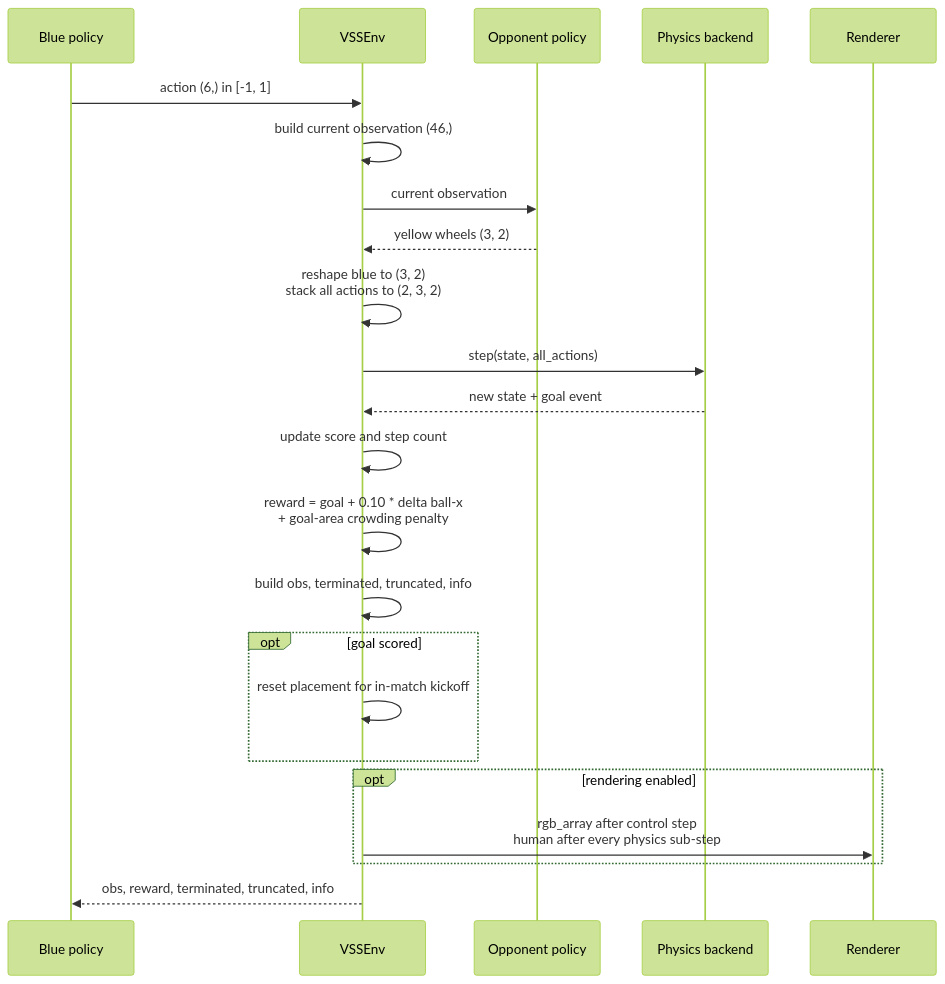
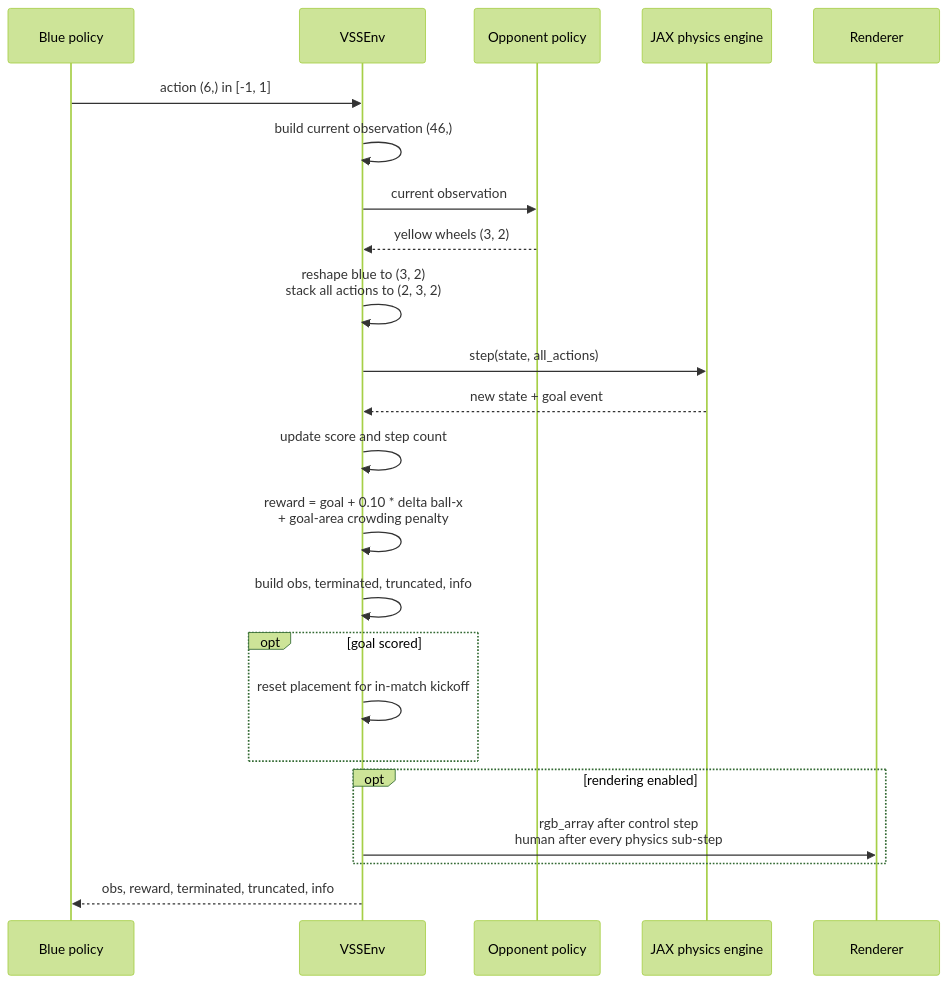
The second of 10 diagrams in STRUCTURE.md (canhotuctor/vsss-sim), drawn with Mermaid (forest theme) before and after one commit. The commit also changed other lines of this file and 21 other files, not shown here.

Commit message:
refactor: remove NumPy physics backend

````diff
--- a/STRUCTURE.md
+++ b/STRUCTURE.md
@@ -76,26 +70,26 @@
 ```mermaid
 sequenceDiagram
     participant P as Blue policy
     participant E as VSSEnv
     participant O as Opponent policy
-    participant X as Physics backend
+    participant X as JAX physics engine
     participant R as Renderer
 
     P->>E: action (6,) in [-1, 1]
     E->>E: build current observation (46,)
     E->>O: current observation
     O-->>E: yellow wheels (3, 2)
     E->>E: reshape blue to (3, 2)<br/>stack all actions to (2, 3, 2)
     E->>X: step(state, all_actions)
     X-->>E: new state + goal event
     E->>E: update score and step count
     E->>E: reward = goal + 0.10 * delta ball-x<br/>+ goal-area crowding penalty
     E->>E: build obs, terminated, truncated, info
     opt goal scored
         E->>E: reset placement for in-match kickoff
     end
     opt rendering enabled
         E->>R: rgb_array after control step<br/>human after every physics sub-step
     end
     E-->>P: obs, reward, terminated, truncated, info
 ```
````
